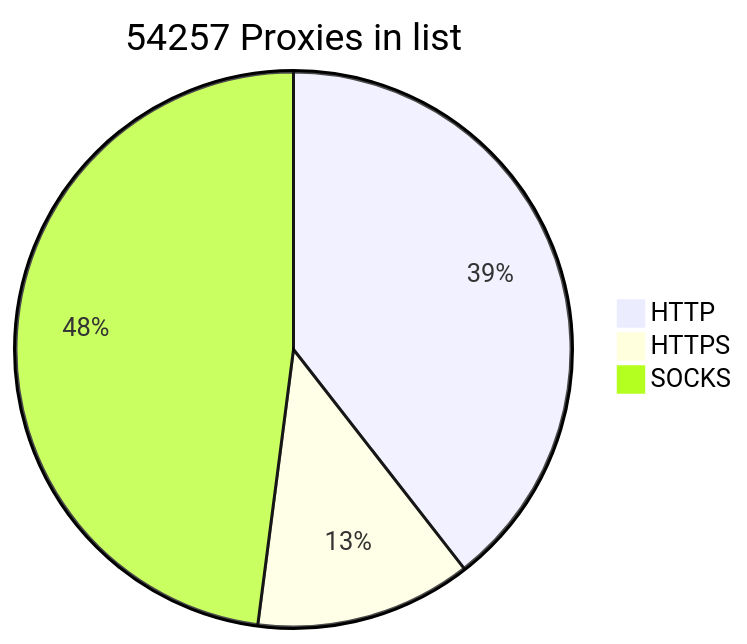
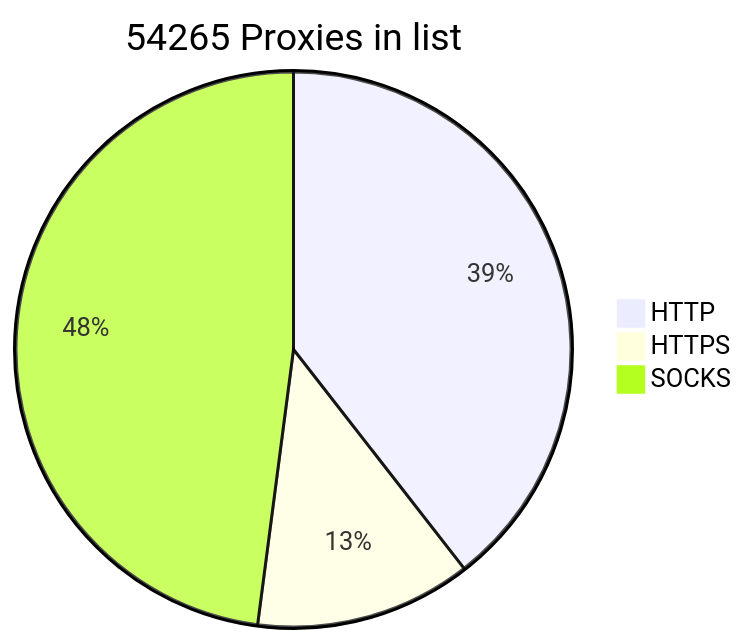
The diagram in README.md (BlackSnowDot/proxylist-update-every-minute), drawn with Mermaid before and after one commit.

````diff
--- a/README.md
+++ b/README.md
@@ -2,6 +2,6 @@
 ```mermaid
-pie title 54257 Proxies in list
-    "HTTP" : 23978
-    "HTTPS": 7647
+pie title 54265 Proxies in list
+    "HTTP" : 23983
+    "HTTPS": 7655
     "SOCKS" : 29129
 ```
````
